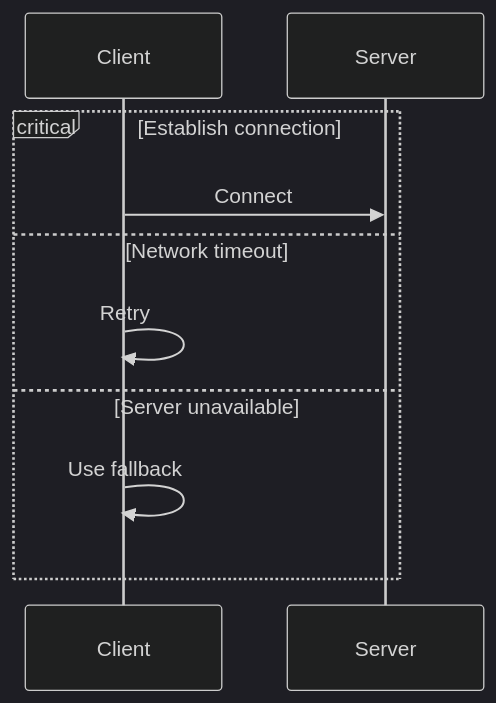
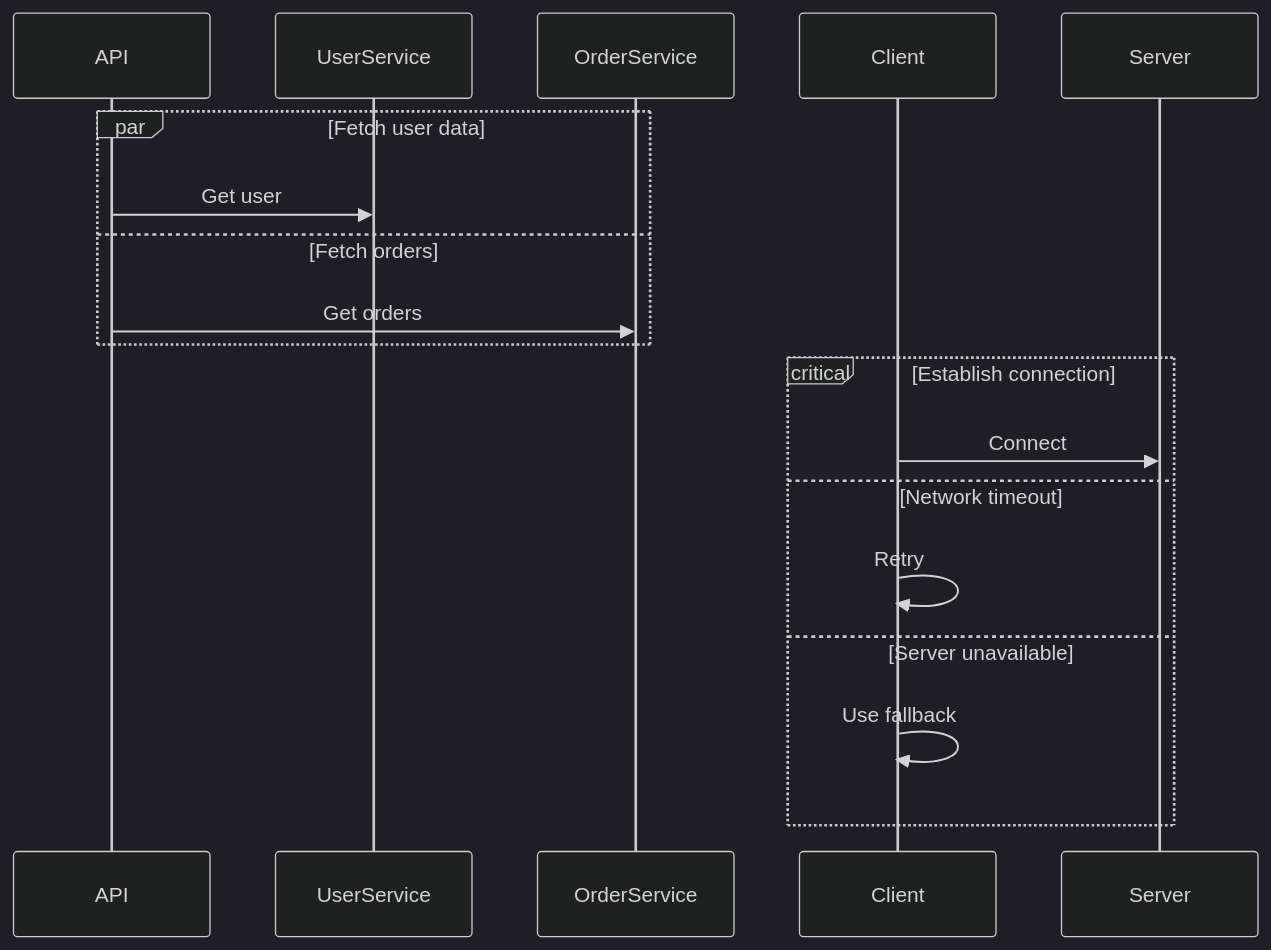
The fourth of 10 diagrams in .agents/tools/diagrams/mermaid-diagrams-skill/sequence.md (marcusquinn/aidevops), drawn with Mermaid (dark theme) before and after one commit. The commit also changed other lines of this file, not shown here.

First line of the commit message:
refactor: tighten sequence.md from 408 to 240 lines (41% reduction)

````diff
--- a/.agents/tools/diagrams/mermaid-diagrams-skill/sequence.md
+++ b/.agents/tools/diagrams/mermaid-diagrams-skill/sequence.md
@@ -175,10 +69,16 @@
 ```mermaid
 sequenceDiagram
+    par Fetch user data
+        API->>UserService: Get user
+    and Fetch orders
+        API->>OrderService: Get orders
+    end
+
     critical Establish connection
         Client->>Server: Connect
     option Network timeout
         Client->>Client: Retry
     option Server unavailable
         Client->>Client: Use fallback
     end
 ```
````
